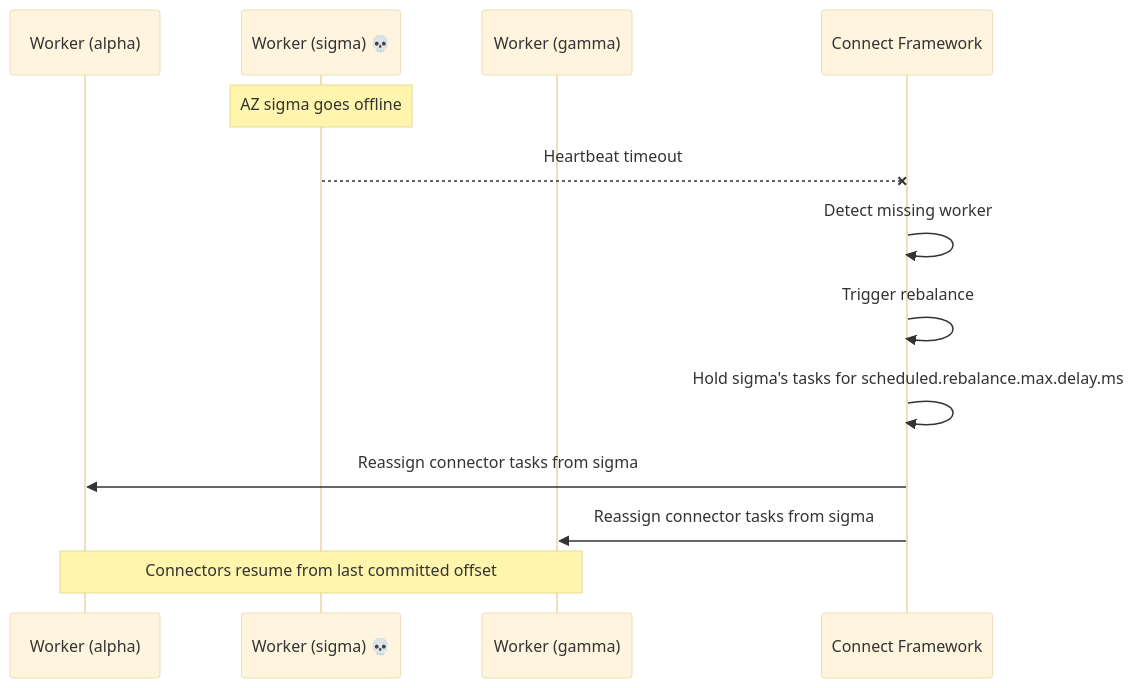
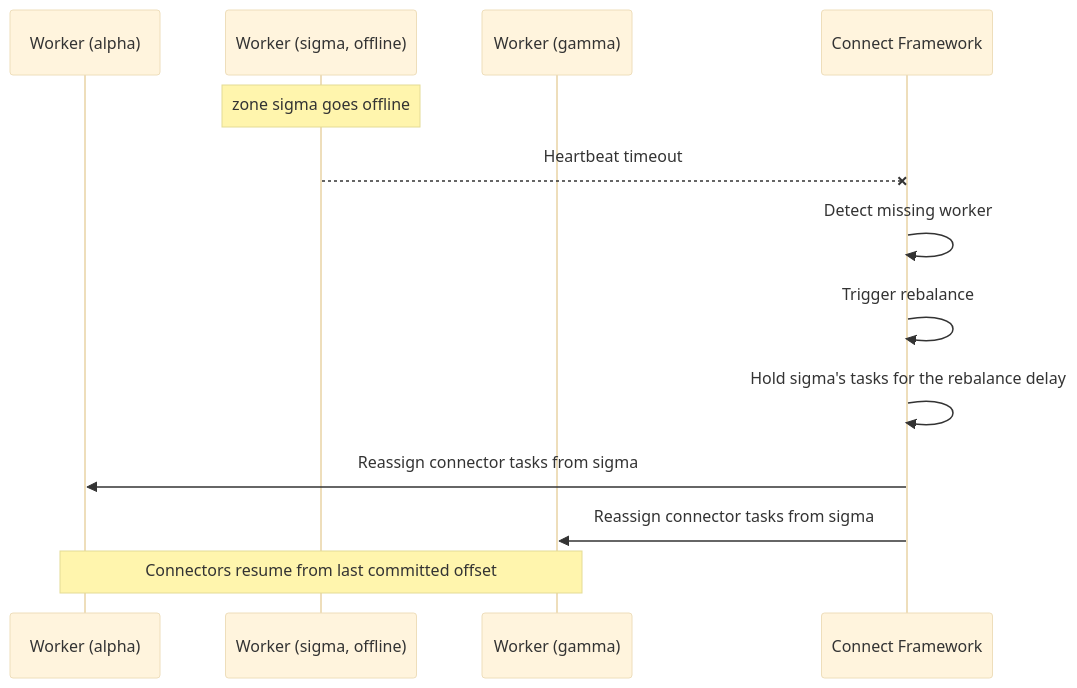
One commit to bmscomp/kates changed the second of 4 diagrams in docs/book/operating-kafka-connect.md. Above: the diagram before and after it, drawn with Mermaid (base theme). The commit also changed other lines of this file and 52 other files, not shown here.

````diff
--- a/docs/book/operating-kafka-connect.md
+++ b/docs/book/operating-kafka-connect.md
@@ -60,19 +54,19 @@
 ```mermaid
 %%| label: fig-okc-az-failure
 %%| fig-cap: "When zone sigma goes offline, the framework holds its tasks for the rebalance delay, then moves them to the workers that remain."
-%%| fig-alt: "Sequence diagram. The worker in zone sigma stops sending heartbeats; the Connect framework detects the missing worker, triggers a rebalance, holds sigma's tasks unassigned until scheduled.rebalance.max.delay.ms runs out, and then reassigns them to the workers in alpha and gamma, which resume from the last committed offset."
+%%| fig-alt: "Sequence diagram. The worker in zone sigma, marked offline, stops sending heartbeats; the Connect framework detects the missing worker, triggers a rebalance, holds sigma's tasks unassigned until scheduled.rebalance.max.delay.ms runs out, and then reassigns them to the workers in alpha and gamma, which resume from the last committed offset."
 sequenceDiagram
     participant AZ_A as Worker (alpha)
-    participant AZ_S as Worker (sigma) 💀
+    participant AZ_S as Worker (sigma, offline)
     participant AZ_G as Worker (gamma)
     participant KC as Connect Framework
 
-    Note over AZ_S: AZ sigma goes offline
+    Note over AZ_S: zone sigma goes offline
     AZ_S--xKC: Heartbeat timeout
     KC->>KC: Detect missing worker
     KC->>KC: Trigger rebalance
-    KC->>KC: Hold sigma's tasks for scheduled.rebalance.max.delay.ms
+    KC->>KC: Hold sigma's tasks for the rebalance delay
     KC->>AZ_A: Reassign connector tasks from sigma
     KC->>AZ_G: Reassign connector tasks from sigma
     Note over AZ_A,AZ_G: Connectors resume from last committed offset
 ```
````
